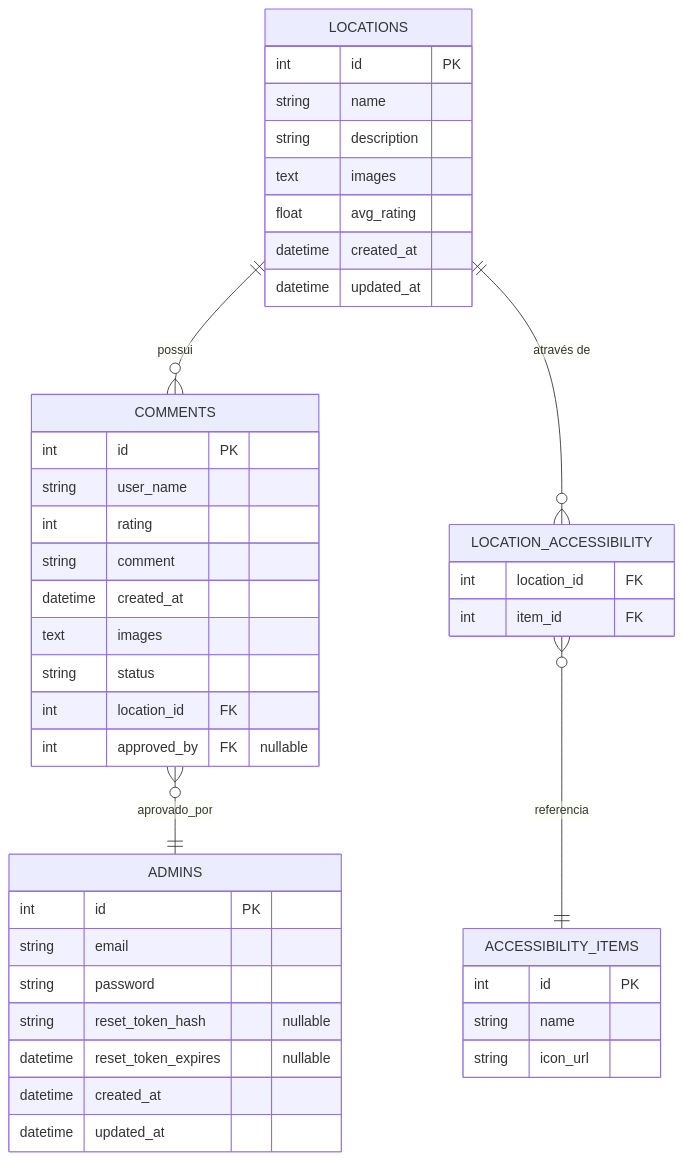
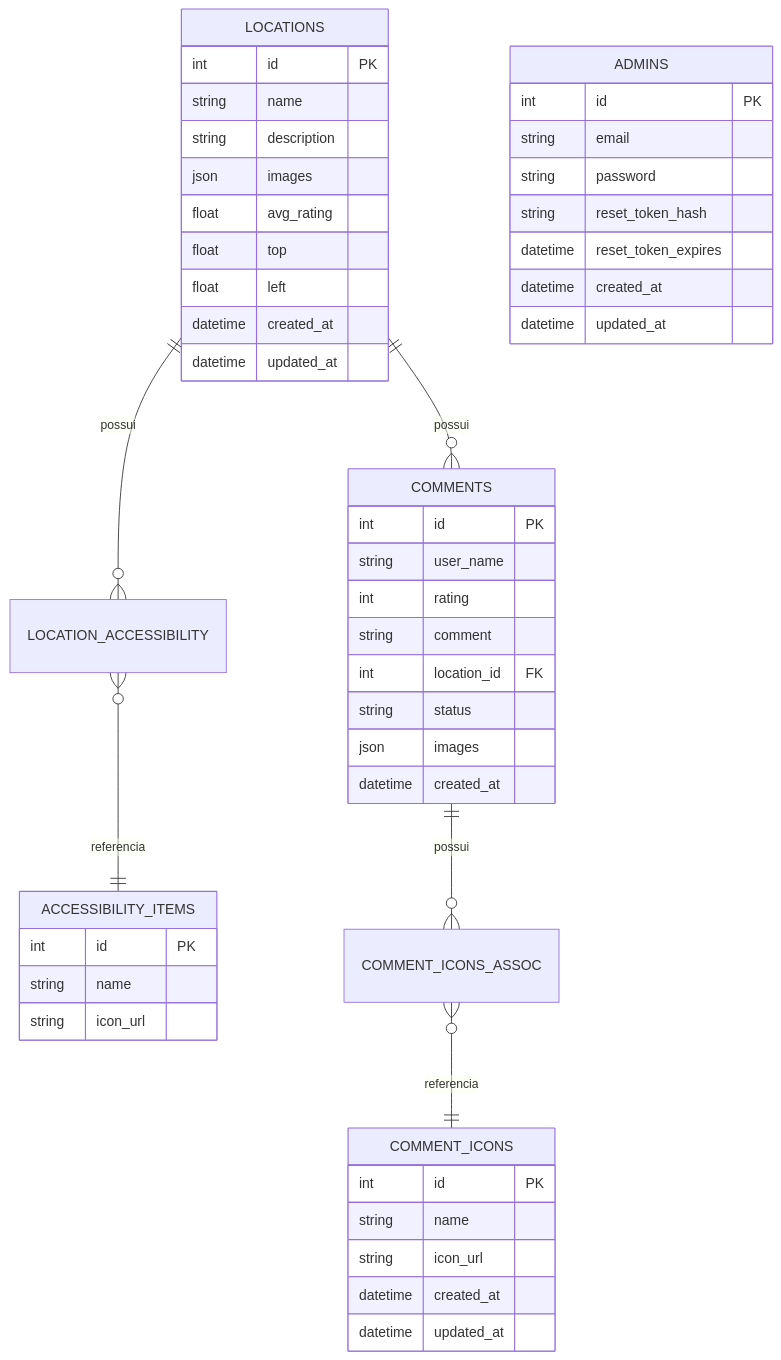
One commit to Acesso-Livre/acesso-livre-api changed the diagram in README.md. Above: the diagram before and after it, drawn with Mermaid. The commit also changed other lines of this file and 2 other files, not shown here.

````diff
--- a/README.md
+++ b/README.md
@@ -49,50 +87,55 @@
 ```mermaid
 erDiagram
     LOCATIONS ||--o{ COMMENTS : "possui"
-    LOCATIONS ||--o{ LOCATION_ACCESSIBILITY : "através de"
+    LOCATIONS ||--o{ LOCATION_ACCESSIBILITY : "possui"
     LOCATION_ACCESSIBILITY }o--|| ACCESSIBILITY_ITEMS : "referencia"
-    COMMENTS }o--|| ADMINS : "aprovado_por"
+    COMMENTS ||--o{ COMMENT_ICONS_ASSOC : "possui"
+    COMMENT_ICONS_ASSOC }o--|| COMMENT_ICONS : "referencia"
 
     LOCATIONS {
         int id PK
         string name
         string description
-        text images
+        json images
         float avg_rating
+        float top
+        float left
         datetime created_at
         datetime updated_at
     }
 
     COMMENTS {
         int id PK
         string user_name
         int rating
         string comment
+        int location_id FK
+        string status
+        json images
         datetime created_at
-        text images
-        string status
-        int location_id FK
-        int approved_by FK "nullable"
     }
 
     ACCESSIBILITY_ITEMS {
         int id PK
         string name
         string icon_url
     }
 
-    LOCATION_ACCESSIBILITY {
-        int location_id FK
-        int item_id FK
+    COMMENT_ICONS {
+        int id PK
+        string name
+        string icon_url
+        datetime created_at
+        datetime updated_at
     }
 
     ADMINS {
         int id PK
         string email
         string password
-        string reset_token_hash "nullable"
-        datetime reset_token_expires "nullable"
+        string reset_token_hash
+        datetime reset_token_expires
         datetime created_at
         datetime updated_at
     }
 ```
````
